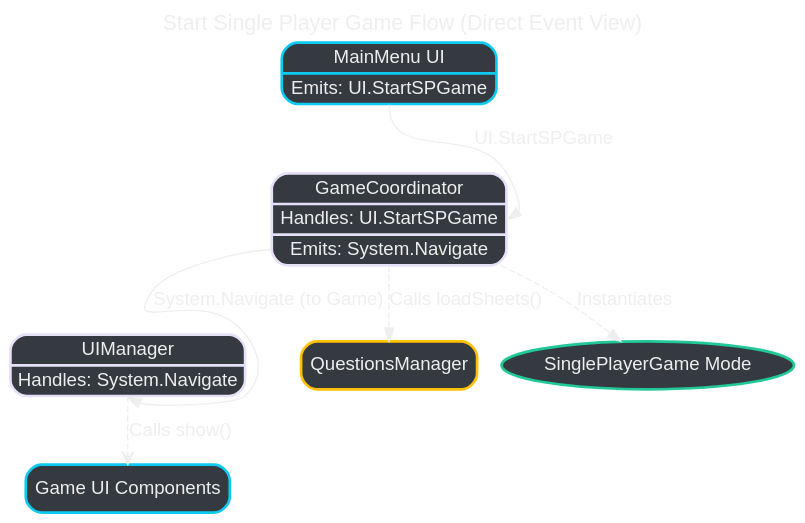
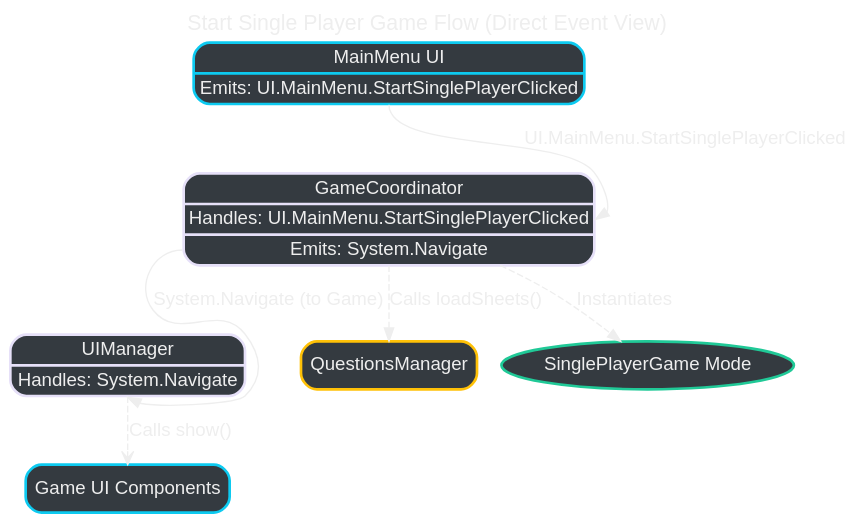
Before and after one commit to SchizoDuckie/unicornpoep: the diagram in v2/docs/2-scenario-starting-a-single-player-game-without-bus.dot, drawn with Graphviz. The commit also changed 70 other files, not shown here.

```diff
--- a/v2/docs/2-scenario-starting-a-single-player-game-without-bus.dot
+++ b/v2/docs/2-scenario-starting-a-single-player-game-without-bus.dot
@@ -1,34 +1,34 @@
 digraph StartSPGame_Direct {
     rankdir=TD;
     sep="0.6";
     overlap=false;
     bgcolor="transparent";
     fontname="Arial";
     node [shape=box, style="rounded,filled", fontcolor="#eeeeee", color="#eeeeee", fontname="Arial"];
     edge [fontcolor="#eeeeee", color="#eeeeee", fontname="Arial"];
     graph [label="Start Single Player Game Flow (Direct Event View)", labelloc=t, fontsize=16, fontcolor="#eeeeee"];
 
     // Node Styles (Dark fill, specific border remains)
     MainMenuComponent [shape="record", fillcolor="#343a40", color="#0dcaf0", penwidth=2,
-                       label="{ MainMenu UI | {<emits_ui> Emits: UI.StartSPGame} }"];
+                       label="{ MainMenu UI | {<emits_ui> Emits: UI.MainMenu.StartSinglePlayerClicked} }"];
     GameCoordinator [shape="record", fillcolor="#343a40", color="#e6e0f8", penwidth=2,
-                     label="{ GameCoordinator | {<handles_ui> Handles: UI.StartSPGame} | {<emits_nav> Emits: System.Navigate} }"];
+                     label="{ GameCoordinator | {<handles_ui> Handles: UI.MainMenu.StartSinglePlayerClicked} | {<emits_nav> Emits: System.Navigate} }"];
     UIManager [shape="record", fillcolor="#343a40", color="#e6e0f8", penwidth=2,
                label="{ UIManager | {<handles_nav> Handles: System.Navigate} }"];
     QuestionsManager [label="QuestionsManager", fillcolor="#343a40", color="#ffc107", penwidth=2]; // Passive target
     SinglePlayerGame [label="SinglePlayerGame Mode", fillcolor="#343a40", color="#20c997", penwidth=2, shape=ellipse]; // Passive target
     GameUI [label="Game UI Components", fillcolor="#343a40", color="#0dcaf0", penwidth=2]; // Passive target
 
     // 1. User clicks 'Single Player' -> Handled by Coordinator (Direct Event Flow)
-    MainMenuComponent:emits_ui -> GameCoordinator:handles_ui [label=" UI.StartSPGame"];
+    MainMenuComponent:emits_ui -> GameCoordinator:handles_ui [label=" UI.MainMenu.StartSinglePlayerClicked"];
 
     // 2. Coordinator prepares game (Direct Calls)
     GameCoordinator -> QuestionsManager [label=" Calls loadSheets()", style=dashed];
     GameCoordinator -> SinglePlayerGame [label=" Instantiates", style=dashed];
 
     // 3. Coordinator triggers navigation -> Handled by UIManager (Direct Event Flow)
     GameCoordinator:emits_nav -> UIManager:handles_nav [label=" System.Navigate (to Game)"];
 
     // 4. UIManager shows Game UI (Direct Call)
     UIManager -> GameUI [label=" Calls show()", style=dashed, arrowhead=open];
 } 
```
